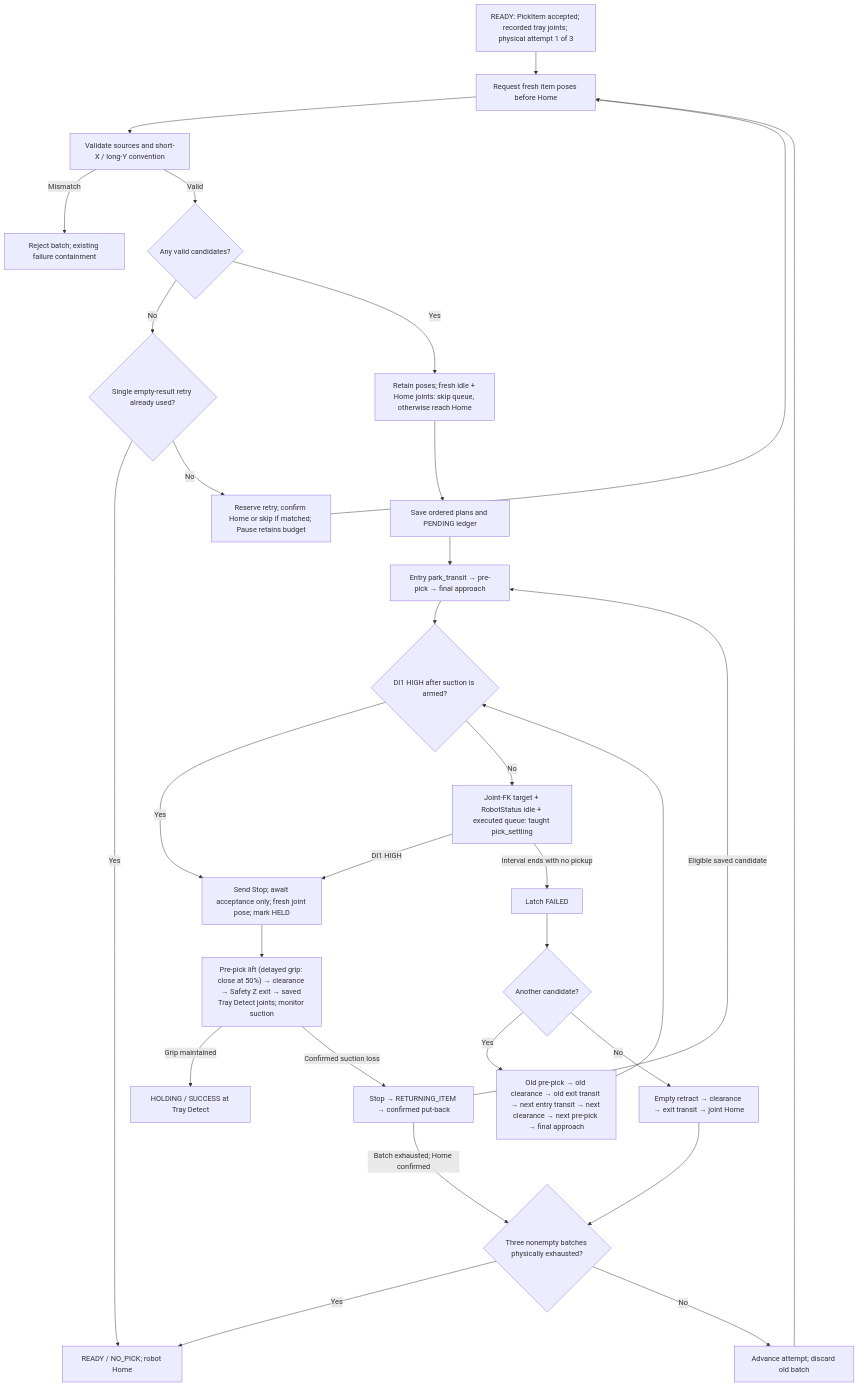
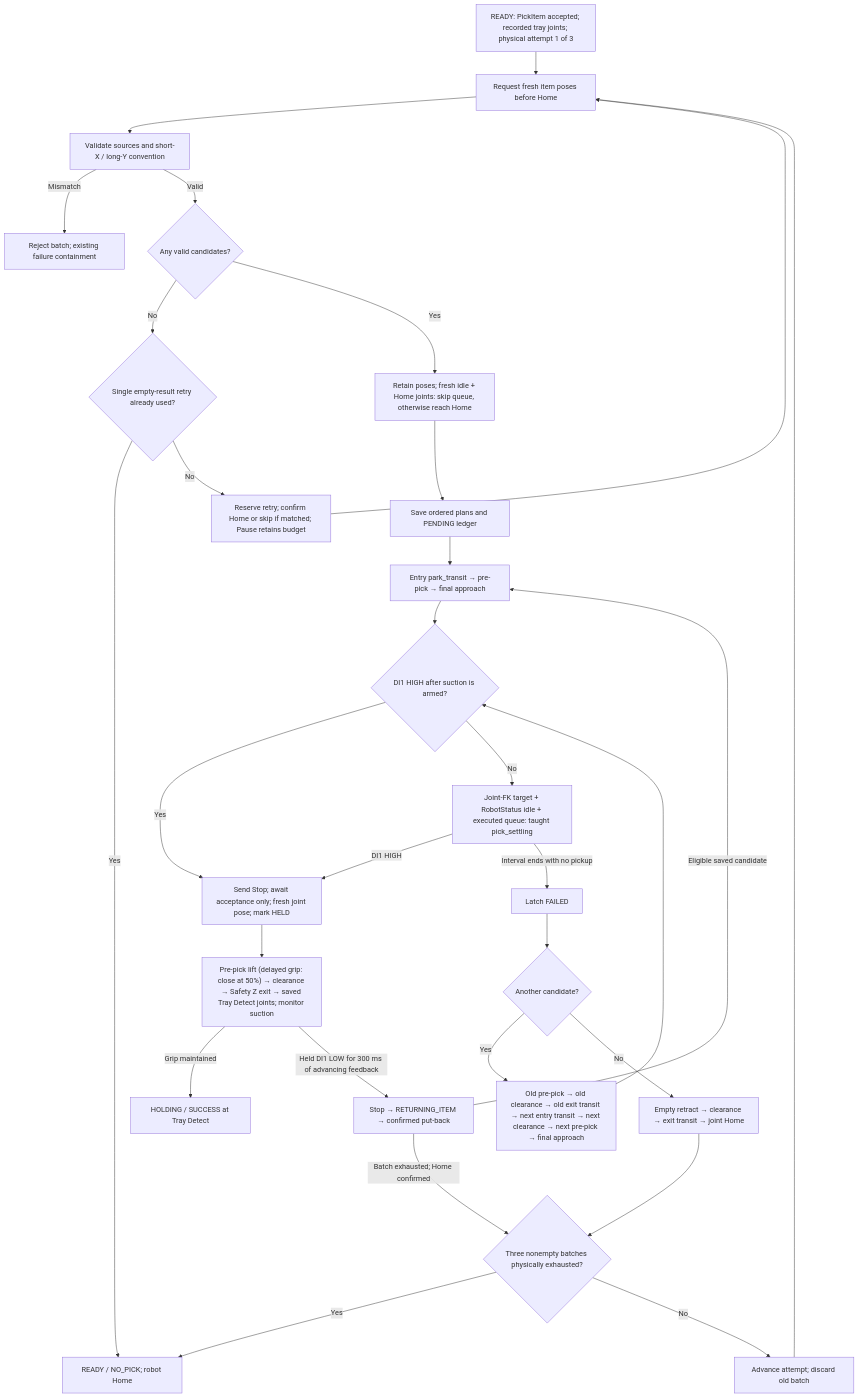
One commit to esgange/dobot_picknplace_yolo changed the third of 9 diagrams in docs/ROBOT_CONTROLLER_FSM.md. Above: the diagram before and after it, drawn with Mermaid. The commit also changed other lines of this file and 14 other files, not shown here.

Commit message:
Increase held suction loss debounce to 300 ms

````diff
--- a/docs/ROBOT_CONTROLLER_FSM.md
+++ b/docs/ROBOT_CONTROLLER_FSM.md
@@ -495,33 +504,33 @@
 ```mermaid
 flowchart TD
     Request["READY: PickItem accepted; recorded tray joints; physical attempt 1 of 3"] --> Detect["Request fresh item poses before Home"]
     Detect --> Validate["Validate sources and short-X / long-Y convention"]
     Validate -->|Mismatch| Reject["Reject batch; existing failure containment"]
     Validate -->|Valid| Any{"Any valid candidates?"}
     Any -->|No| EmptyBudget{"Single empty-result retry already used?"}
     EmptyBudget -->|Yes| Empty["READY / NO_PICK; robot Home"]
     EmptyBudget -->|No| RetryHome["Reserve retry; confirm Home or skip if matched; Pause retains budget"]
     RetryHome --> Detect
     Limit{"Three nonempty batches physically exhausted?"}
     Limit -->|Yes| Empty
     Limit -->|No| Next["Advance attempt; discard old batch"]
     Next --> Detect
     Any -->|Yes| Home["Retain poses; fresh idle + Home joints: skip queue, otherwise reach Home"]
     Home --> Plan["Save ordered plans and PENDING ledger"]
     Plan --> Entry["Entry park_transit → pre-pick → final approach"]
     Entry --> Sense{"DI1 HIGH after suction is armed?"}
     Sense -->|Yes| Acquire["Send Stop; await acceptance only; fresh joint pose; mark HELD"]
     Sense -->|No| Settle["Joint-FK target + RobotStatus idle + executed queue: taught pick_settling"]
     Settle -->|DI1 HIGH| Acquire
     Settle -->|Interval ends with no pickup| Miss["Latch FAILED"]
     Acquire --> HeldReturn["Pre-pick lift (delayed grip: close at 50%) → clearance → Safety Z exit → saved Tray Detect joints; monitor suction"]
     HeldReturn -->|Grip maintained| Success["HOLDING / SUCCESS at Tray Detect"]
-    HeldReturn -->|Confirmed suction loss| PutBack["Stop → RETURNING_ITEM → confirmed put-back"]
+    HeldReturn -->|Held DI1 LOW for 300 ms of advancing feedback| PutBack["Stop → RETURNING_ITEM → confirmed put-back"]
     PutBack -->|Eligible saved candidate| Entry
     PutBack -->|Batch exhausted; Home confirmed| Limit
     Miss --> More{"Another candidate?"}
     More -->|Yes| Retry["Old pre-pick → old clearance → old exit transit → next entry transit → next clearance → next pre-pick → final approach"]
     Retry --> Sense
     More -->|No| Exhausted["Empty retract → clearance → exit transit → joint Home"]
     Exhausted --> Limit
 ```
````
